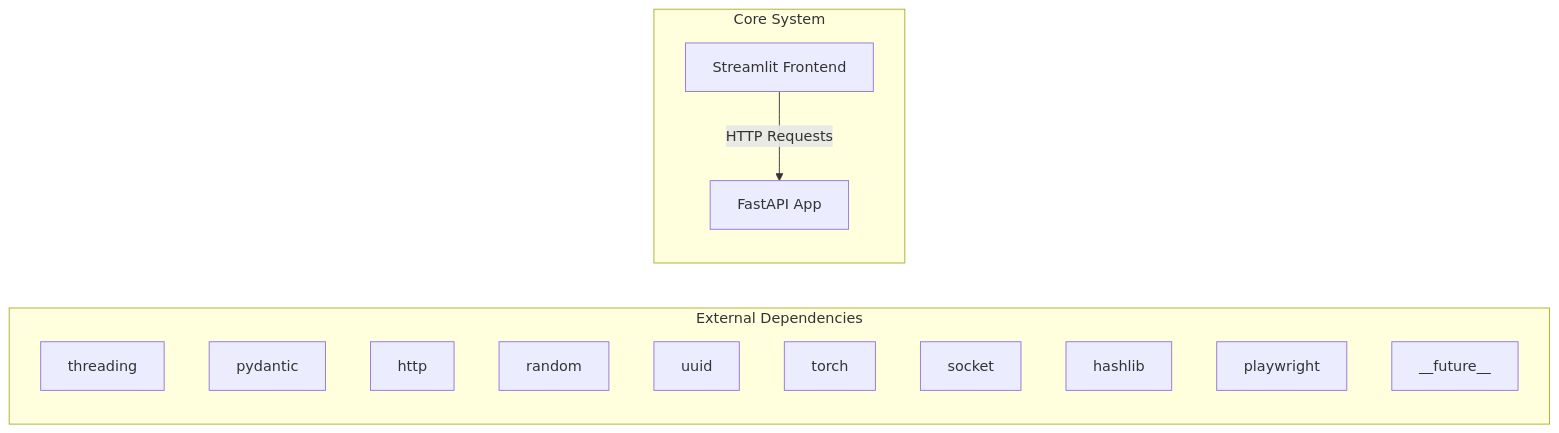
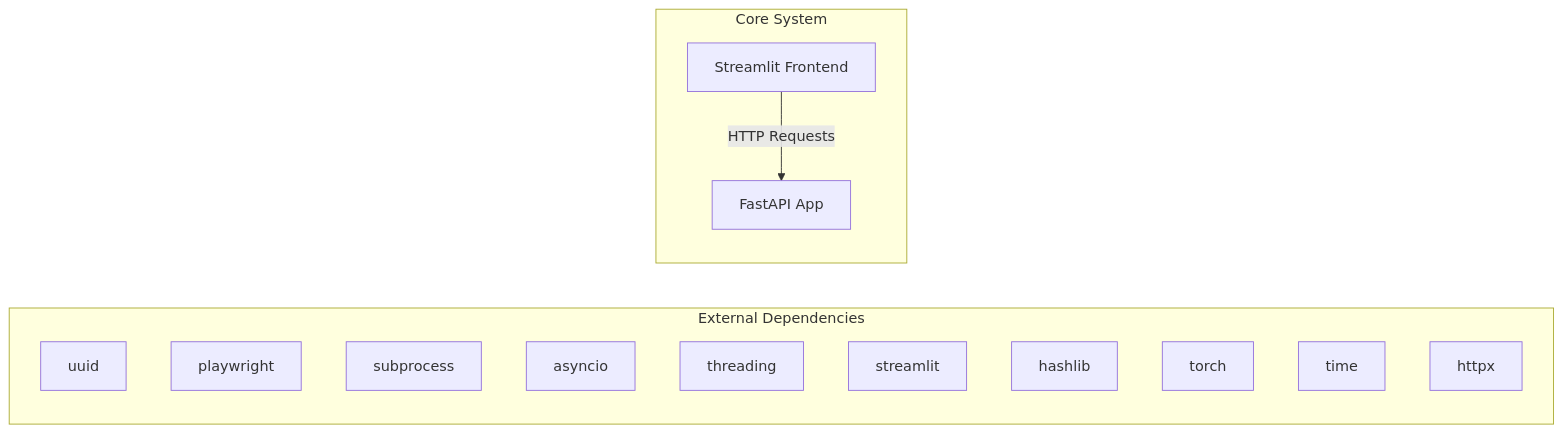
Before and after one commit to NITISH-R-G/rag-context-optimizer: the first of 2 diagrams in docs/architecture.md, drawn with Mermaid. The commit also changed 1 other file, not shown here.

Commit message:
docs: auto-update repository knowledge, architecture diagrams, and documentation

````diff
--- a/docs/architecture.md
+++ b/docs/architecture.md
@@ -7,20 +7,20 @@
 ```mermaid
 graph LR
     subgraph External Dependencies
-        E0["threading"]
-        E1["pydantic"]
-        E2["http"]
-        E3["random"]
-        E4["uuid"]
-        E5["torch"]
-        E6["socket"]
-        E7["hashlib"]
-        E8["playwright"]
-        E9["__future__"]
+        E0["uuid"]
+        E1["playwright"]
+        E2["subprocess"]
+        E3["asyncio"]
+        E4["threading"]
+        E5["streamlit"]
+        E6["hashlib"]
+        E7["torch"]
+        E8["time"]
+        E9["httpx"]
     end
     subgraph Core System
         API["FastAPI App"]
         UI["Streamlit Frontend"]
     end
     UI -->|HTTP Requests| API
 ```
````
